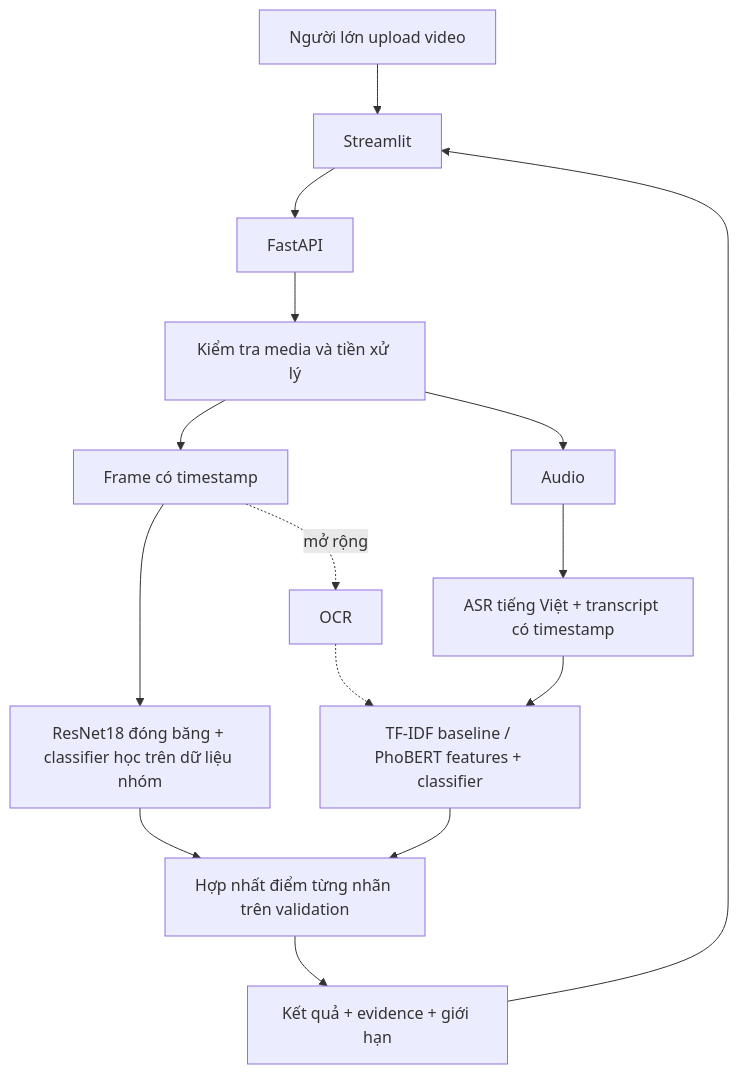
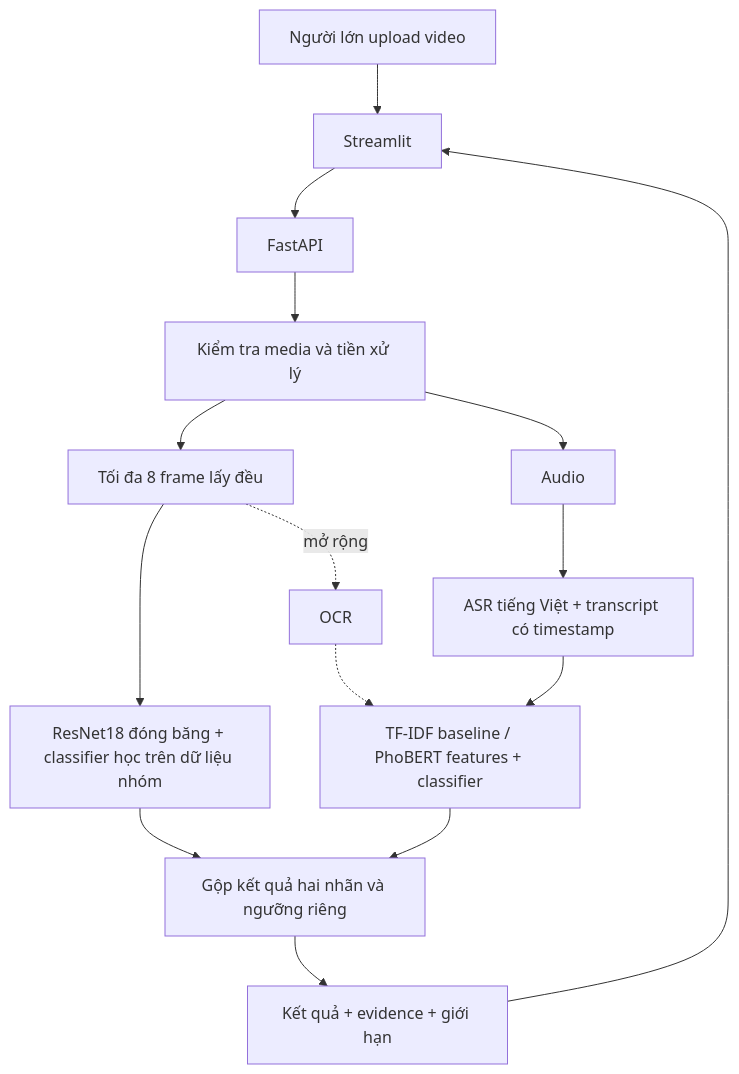
One commit to huyryan220806/KidSafeReels changed the diagram in docs/ARCHITECTURE.md. Above: the diagram before and after it, drawn with Mermaid. The commit also changed other lines of this file and 33 other files, not shown here.

````diff
--- a/docs/ARCHITECTURE.md
+++ b/docs/ARCHITECTURE.md
@@ -5,17 +5,17 @@
 ```mermaid
 flowchart TD
     U[Người lớn upload video] --> W[Streamlit]
     W --> A[FastAPI]
     A --> P[Kiểm tra media và tiền xử lý]
-    P --> F[Frame có timestamp]
+    P --> F[Tối đa 8 frame lấy đều]
     P --> S[Audio]
     F --> V[ResNet18 đóng băng + classifier học trên dữ liệu nhóm]
     S --> T[ASR tiếng Việt + transcript có timestamp]
     T --> C[TF-IDF baseline / PhoBERT features + classifier]
     F -. mở rộng .-> O[OCR]
     O -.-> C
-    V --> M[Hợp nhất điểm từng nhãn trên validation]
+    V --> M[Gộp kết quả hai nhãn và ngưỡng riêng]
     C --> M
     M --> R[Kết quả + evidence + giới hạn]
     R --> W
 ```
````
